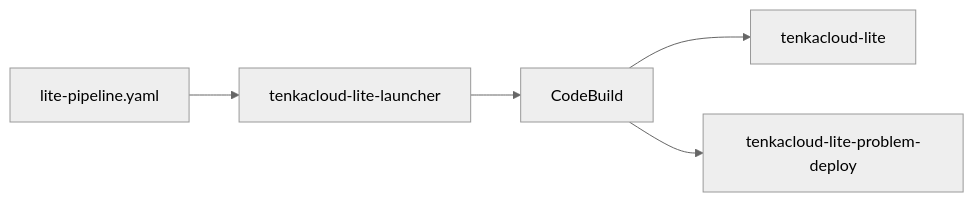
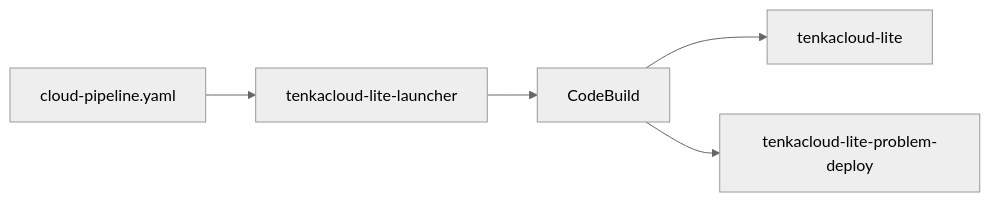
The diagram in books/cloud-competition/chapter13.md (susumutomita/zenn-article), drawn with Mermaid (neutral theme) before and after one commit. The commit also changed other lines of this file and 4 other files, not shown here.

````diff
--- a/books/cloud-competition/chapter13.md
+++ b/books/cloud-competition/chapter13.md
@@ -62,13 +64,13 @@
 ```mermaid
 flowchart LR
-    Template["lite-pipeline.yaml"]
+    Template["cloud-pipeline.yaml"]
     Launcher["tenkacloud-lite-launcher"]
     Build["CodeBuild"]
     Lite["tenkacloud-lite"]
     Problem["tenkacloud-lite-problem-deploy"]
 
     Template --> Launcher
     Launcher --> Build
     Build --> Lite
     Build --> Problem
 ```
````
